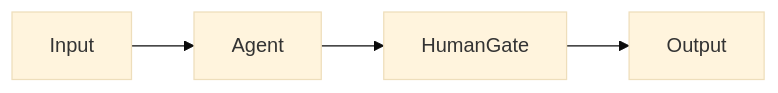
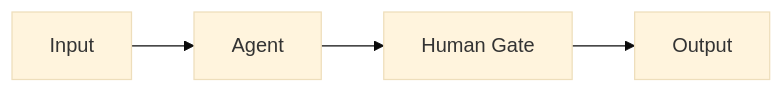
Before and after one commit to zxyao145/agw: the first of 2 diagrams in site/content/docs/guides/agentflows.en.md, drawn with Mermaid (base theme). The commit also changed other lines of this file and 59 other files, not shown here.

````diff
--- a/site/content/docs/guides/agentflows.en.md
+++ b/site/content/docs/guides/agentflows.en.md
@@ -25,6 +31,6 @@
 ```mermaid
 flowchart LR
     I[Input] --> A[Agent]
-    A --> H[HumanGate]
+    A --> H[Human Gate]
     H --> O[Output]
 ```
````
